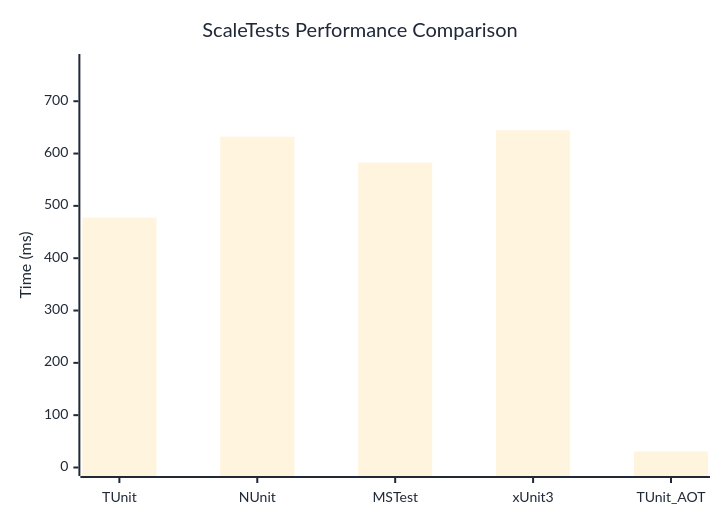
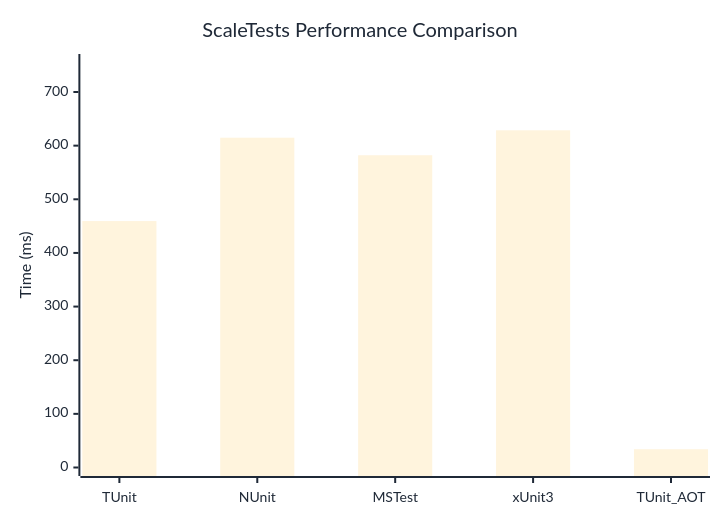
Before and after one commit to thomhurst/TUnit: the diagram in docs/docs/benchmarks/ScaleTests.md, drawn with Mermaid. The commit also changed other lines of this file and 17 other files, not shown here.

````diff
--- a/docs/docs/benchmarks/ScaleTests.md
+++ b/docs/docs/benchmarks/ScaleTests.md
@@ -27,37 +27,37 @@
 ```mermaid
 %%{init: {
   'theme':'base',
   'themeVariables': {
     'primaryColor': '#2563eb',
     'primaryTextColor': '#1f2937',
     'primaryBorderColor': '#1e40af',
     'lineColor': '#6b7280',
     'secondaryColor': '#7c3aed',
     'tertiaryColor': '#dc2626',
     'background': '#ffffff',
     'mainBkg': '#2563eb',
     'secondBkg': '#7c3aed',
     'tertiaryBkg': '#dc2626',
     'clusterBkg': '#f3f4f6',
     'edgeLabelBackground': '#ffffff',
     'tertiaryTextColor': '#1f2937',
     'pie1': '#2563eb',
     'pie2': '#7c3aed',
     'pie3': '#dc2626',
     'pie4': '#f59e0b',
     'pie5': '#10b981',
     'pie6': '#06b6d4',
     'pie7': '#ec4899',
     'pie8': '#6366f1',
     'pie9': '#84cc16',
     'pie10': '#f97316',
     'pie11': '#14b8a6',
     'pie12': '#a855f7'
   }
 }}%%
 xychart-beta
   title "ScaleTests Performance Comparison"
   x-axis ["TUnit", "NUnit", "MSTest", "xUnit3", "TUnit_AOT"]
-  y-axis "Time (ms)" 0 --> 774
-  bar [477.54, 632.18, 582.61, 644.63, 30.46]
+  y-axis "Time (ms)" 0 --> 755
+  bar [459.41, 614.81, 582.11, 628.61, 34.07]
 ```
````
